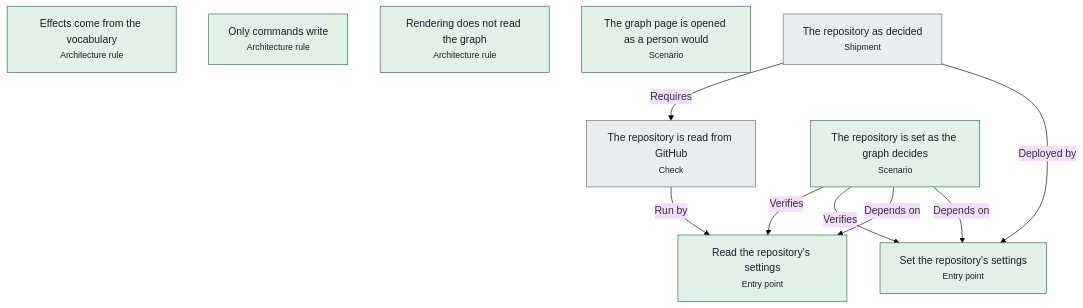
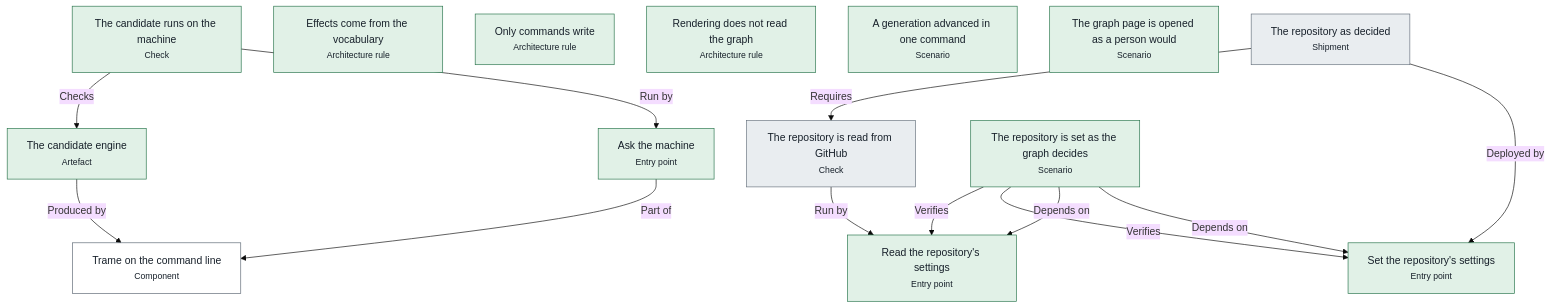
Before and after one commit to advancedcognitivesystems-ai/trame: the third of 4 diagrams in docs/pipelines.md, drawn with Mermaid (base theme). The commit also changed other lines of this file and 436 other files, not shown here.

First line of the commit message:
g118: the engine's step is promote; trame advance is Trame's own command; trame examples; restart through the launcher (E3, part 2b)

````diff
--- a/docs/pipelines.md
+++ b/docs/pipelines.md
@@ -482,24 +486,33 @@
 ```mermaid
 flowchart TB
-  n0["The repository is read from GitHub<br/><small>Check</small>"]:::unknown
-  n1["Read the repository's settings<br/><small>Entry point</small>"]:::held
-  n2["Effects come from the vocabulary<br/><small>Architecture rule</small>"]:::held
-  n3["Only commands write<br/><small>Architecture rule</small>"]:::held
-  n4["Rendering does not read the graph<br/><small>Architecture rule</small>"]:::held
-  n5["The repository is set as the graph decides<br/><small>Scenario</small>"]:::held
-  n6["The graph page is opened as a person would<br/><small>Scenario</small>"]:::held
-  n7["Set the repository's settings<br/><small>Entry point</small>"]:::held
-  n8["The repository as decided<br/><small>Shipment</small>"]:::unknown
-  n0 -->|Run by| n1
-  n8 -->|Requires| n0
-  n8 -->|Deployed by| n7
-  n5 -->|Verifies| n1
-  n5 -->|Verifies| n7
-  n5 -->|Depends on| n1
-  n5 -->|Depends on| n7
+  n0["The candidate engine<br/><small>Artefact</small>"]:::held
+  n1["Trame on the command line<br/><small>Component</small>"]:::neutral
+  n2["The repository is read from GitHub<br/><small>Check</small>"]:::unknown
+  n3["Read the repository's settings<br/><small>Entry point</small>"]:::held
+  n4["The candidate runs on the machine<br/><small>Check</small>"]:::held
+  n5["Ask the machine<br/><small>Entry point</small>"]:::held
+  n6["Effects come from the vocabulary<br/><small>Architecture rule</small>"]:::held
+  n7["Only commands write<br/><small>Architecture rule</small>"]:::held
+  n8["Rendering does not read the graph<br/><small>Architecture rule</small>"]:::held
+  n9["The repository is set as the graph decides<br/><small>Scenario</small>"]:::held
+  n10["A generation advanced in one command<br/><small>Scenario</small>"]:::held
+  n11["The graph page is opened as a person would<br/><small>Scenario</small>"]:::held
+  n12["Set the repository's settings<br/><small>Entry point</small>"]:::held
+  n13["The repository as decided<br/><small>Shipment</small>"]:::unknown
+  n5 -->|Part of| n1
+  n4 -->|Checks| n0
+  n4 -->|Run by| n5
+  n0 -->|Produced by| n1
+  n2 -->|Run by| n3
+  n13 -->|Requires| n2
+  n13 -->|Deployed by| n12
+  n9 -->|Verifies| n3
+  n9 -->|Verifies| n12
+  n9 -->|Depends on| n3
+  n9 -->|Depends on| n12
   classDef held fill:#e1f1e7,stroke:#26734a,color:#17202a
   classDef blocked fill:#fbf0d9,stroke:#9a6200,color:#17202a
   classDef violated fill:#f9e3e1,stroke:#ad2a22,color:#17202a
   classDef unknown fill:#e9edf0,stroke:#65707c,color:#17202a
   classDef neutral fill:#ffffff,stroke:#5a6672,color:#17202a
 ```
````
